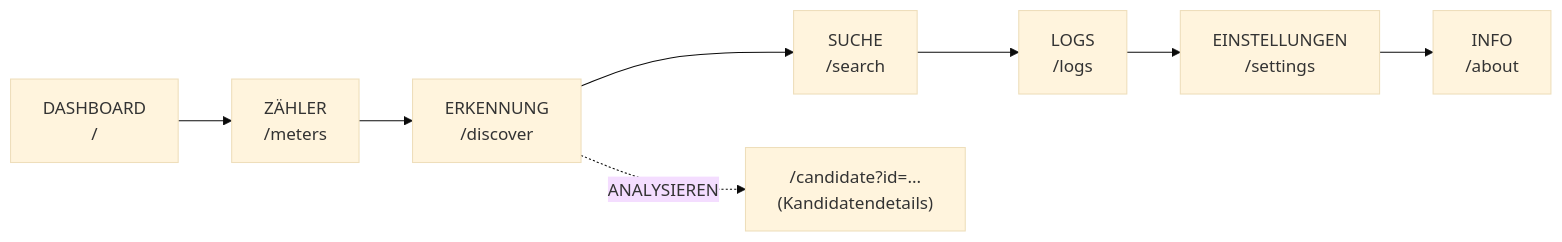
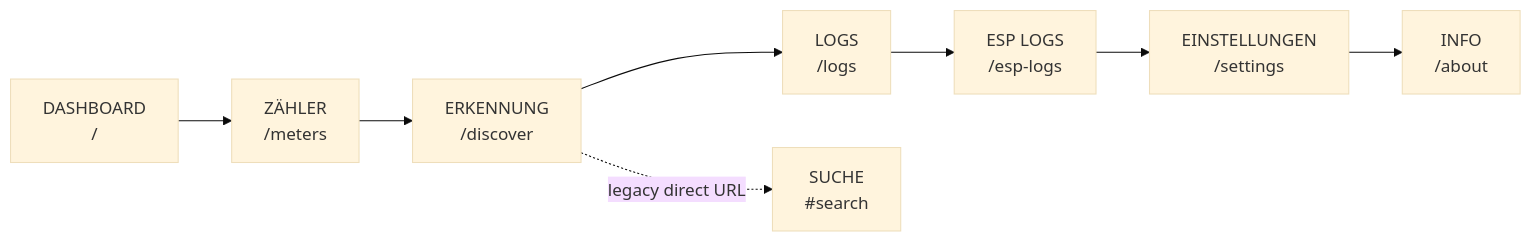
One commit to Kustonium/homeassistant-wmbus-mqtt-bridge-dev changed the third of 7 diagrams in docs/README.de.md. Above: the diagram before and after it, drawn with Mermaid (base theme). The commit also changed other lines of this file and 6 other files, not shown here.

````diff
--- a/docs/README.de.md
+++ b/docs/README.de.md
@@ -247,10 +246,10 @@
 ```mermaid
 flowchart LR
   N1["DASHBOARD<br/>/"] --> N2["ZÄHLER<br/>/meters"]
   N2 --> N3["ERKENNUNG<br/>/discover"]
-  N3 --> N4["SUCHE<br/>/search"]
-  N4 --> N5["LOGS<br/>/logs"]
+  N3 --> N4["LOGS<br/>/logs"]
+  N4 --> N5["ESP LOGS<br/>/esp-logs"]
   N5 --> N6["EINSTELLUNGEN<br/>/settings"]
   N6 --> N7["INFO<br/>/about"]
-  N3 -.->|ANALYSIEREN| N8["/candidate?id=...<br/>(Kandidatendetails)"]
+  N3 -.->|legacy direct URL| N8["SUCHE<br/>#search"]
 ```
````
